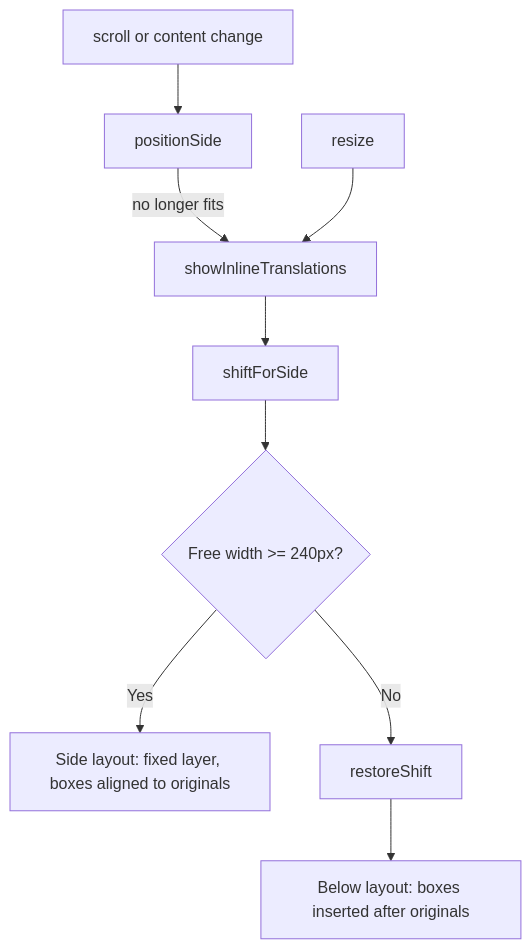
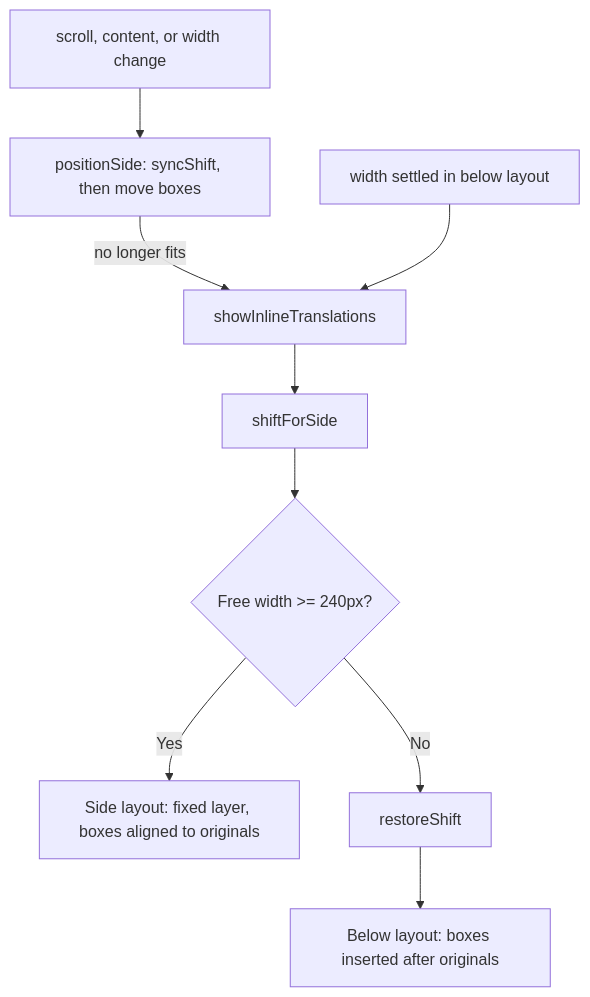
One commit to JaceDashS/udemy-korean-translator changed the diagram in docs/design/quiz/10-inline-translation.md. Above: the diagram before and after it, drawn with Mermaid. The commit also changed other lines of this file and 2 other files, not shown here.

First line of the commit message:
[feat] Follow sidebar width changes live in the side layout

````diff
--- a/docs/design/quiz/10-inline-translation.md
+++ b/docs/design/quiz/10-inline-translation.md
@@ -10,10 +10,10 @@
 ```mermaid
 flowchart TD
     A[showInlineTranslations] --> S[shiftForSide]
     S --> B{Free width >= 240px?}
     B -- Yes --> C[Side layout: fixed layer, boxes aligned to originals]
     B -- No --> R[restoreShift] --> D[Below layout: boxes inserted after originals]
-    E[scroll or content change] --> H[positionSide]
+    E[scroll, content, or width change] --> H[positionSide: syncShift, then move boxes]
     H -- no longer fits --> A
-    W[resize] --> A
+    W[width settled in below layout] --> A
 ```
````
